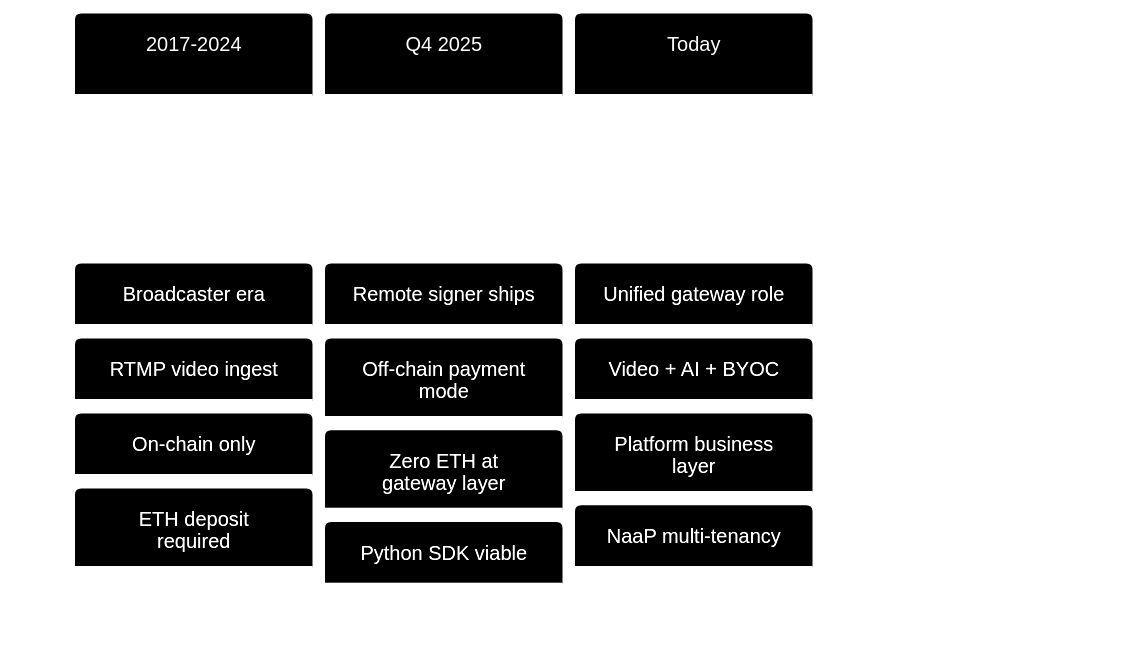
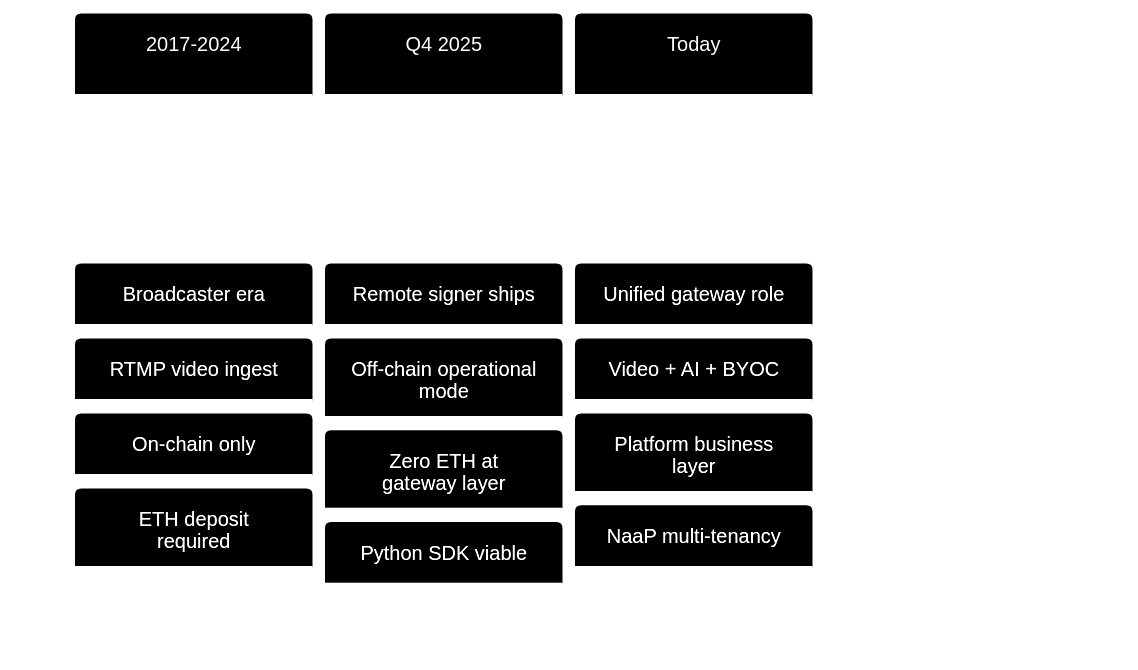
One commit to sidestream-tech/livepeer-docs changed the third of 4 diagrams in v2/gateways/concepts/role.mdx. Above: the diagram before and after it, drawn with Mermaid. The commit also changed other lines of this file and 251 other files, not shown here.

````diff
--- a/v2/gateways/concepts/role.mdx
+++ b/v2/gateways/concepts/role.mdx
@@ -190,16 +197,16 @@
 ```mermaid
 %%{init: {'theme': 'base', 'themeVariables': { 'primaryColor': '#1a1a1a', 'primaryTextColor': '#fff', 'primaryBorderColor': '#2d9a67', 'lineColor': '#2d9a67', 'secondaryColor': '#0d0d0d', 'tertiaryColor': '#1a1a1a', 'background': '#0d0d0d', 'fontFamily': 'system-ui' }}}%%
 timeline
     2017-2024 : Broadcaster era
                : RTMP video ingest
                : On-chain only
                : ETH deposit required
     Q4 2025   : Remote signer ships
-               : Off-chain payment mode
+               : Off-chain operational mode
                : Zero ETH at gateway layer
                : Python SDK viable
     Today     : Unified gateway role
                : Video + AI + BYOC
                : Platform business layer
                : NaaP multi-tenancy
 ```
````
